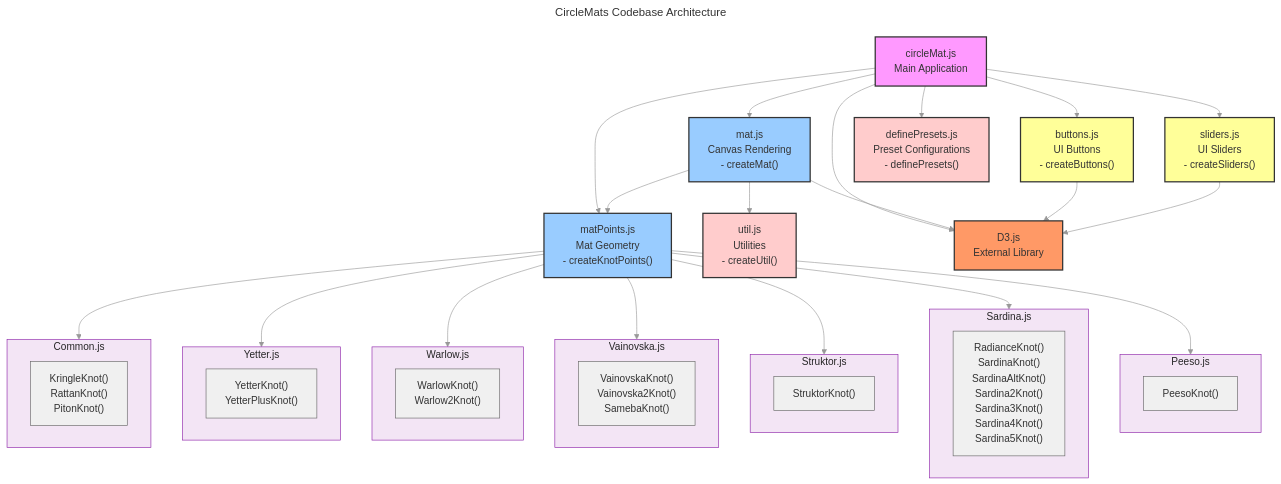
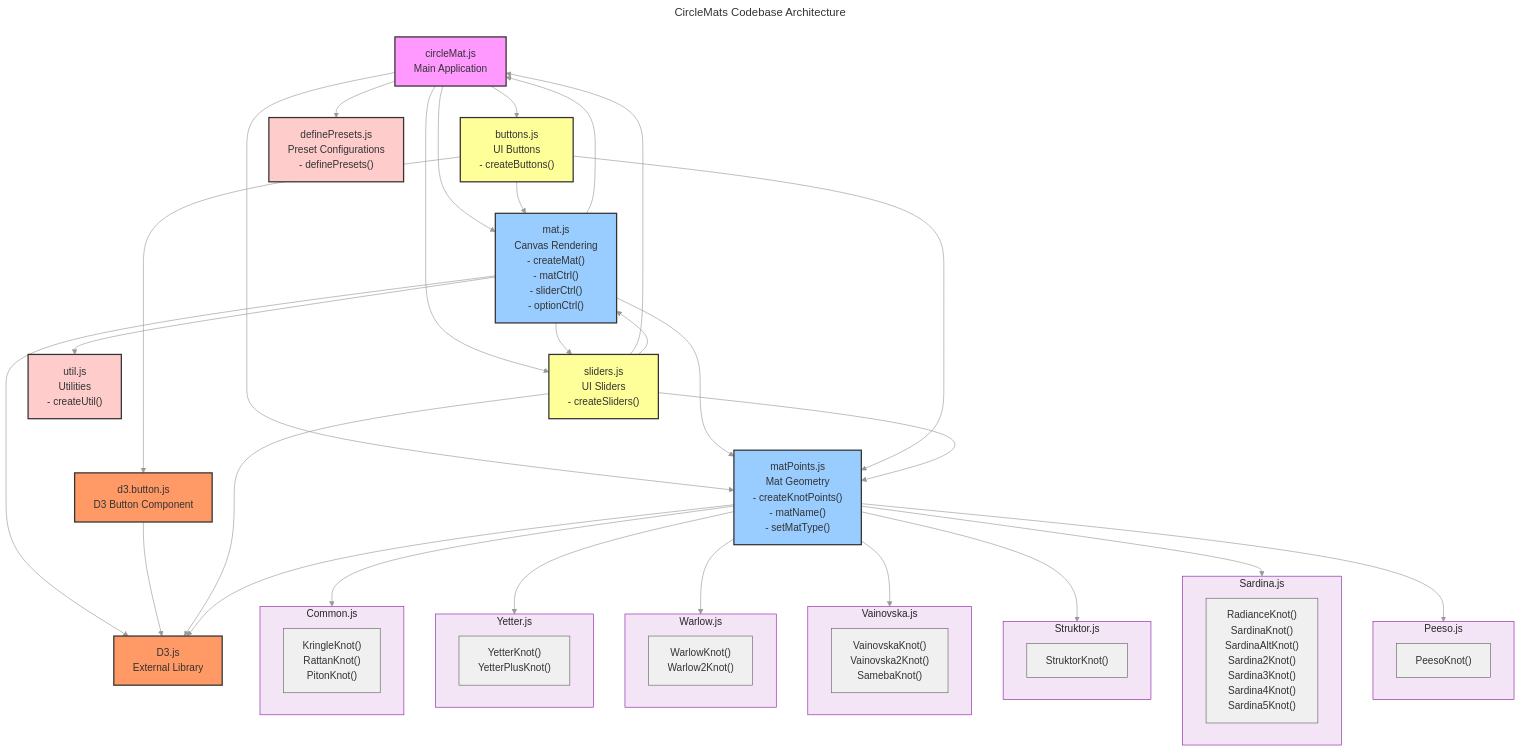
One commit to Scott-Y-Hall/CircleMats changed the diagram in code-relationships.mmd. Above: the diagram before and after it, drawn with Mermaid.

Commit message:
Add missing dependencies

```diff
--- a/code-relationships.mmd
+++ b/code-relationships.mmd
@@ -1,96 +1,111 @@
 ---
 title: CircleMats Codebase Architecture
 description: Visualization of module relationships and dependencies in the CircleMats project.
 ---
 
 %%{init: {'theme': 'base', 'themeVariables': { 'primaryColor': '#f0f0f0', 'primaryTextColor': '#333', 'primaryBorderColor': '#666', 'lineColor': '#999', 'secondaryColor': '#e6e6e6', 'tertiaryColor': '#d9d9d9'}}}%%
 
 graph TD
     %% Main Application File
     circleMat["circleMat.js<br/>Main Application"]
     
     %% Core Modules
-    mat["mat.js<br/>Canvas Rendering<br/>- createMat()"]
-    matPoints["matPoints.js<br/>Mat Geometry<br/>- createKnotPoints()"]
+    mat["mat.js<br/>Canvas Rendering<br/>- createMat()<br/>- matCtrl()<br/>- sliderCtrl()<br/>- optionCtrl()"]
+    matPoints["matPoints.js<br/>Mat Geometry<br/>- createKnotPoints()<br/>- matName()<br/>- setMatType()"]
     
     %% UI Components
     buttons["buttons.js<br/>UI Buttons<br/>- createButtons()"]
     sliders["sliders.js<br/>UI Sliders<br/>- createSliders()"]
     
     %% Knot Types
     subgraph CommonSG[Common.js]
         Common["KringleKnot()<br/>RattanKnot()<br/>PitonKnot()"]
     end
     
     subgraph YetterSG[Yetter.js]
         Yetter["YetterKnot()<br/>YetterPlusKnot()"]
     end
     
     subgraph WarlowSG[Warlow.js]
         Warlow["WarlowKnot()<br/>Warlow2Knot()"]
     end
     
     subgraph VainovskaSG[Vainovska.js]
         Vainovska["VainovskaKnot()<br/>Vainovska2Knot()<br/>SamebaKnot()"]
     end
     
     subgraph StruktorSG[Struktor.js]
         Struktor["StruktorKnot()"]
     end
     
     subgraph SardinaSG[Sardina.js]
         Sardina["RadianceKnot()<br/>SardinaKnot()<br/>SardinaAltKnot()<br/>Sardina2Knot()<br/>Sardina3Knot()<br/>Sardina4Knot()<br/>Sardina5Knot()"]
     end
     
     subgraph PeesoSG[Peeso.js]
         Peeso["PeesoKnot()"]
     end
     
     %% Utility
     util["util.js<br/>Utilities<br/>- createUtil()"]
     definePresets["definePresets.js<br/>Preset Configurations<br/>- definePresets()"]
     
-    %% D3.js Dependency
-    D3["D3.js<br/>External Library"]
+    %% D3.js Dependencies
+    d3Button["d3.button.js<br/>D3 Button Component"]
+    d3["D3.js<br/>External Library"]
     
-    %% Relationships
-    circleMat --> D3
+    %% Main Dependencies
     circleMat --> mat
     circleMat --> matPoints
     circleMat --> buttons
     circleMat --> sliders
     circleMat --> definePresets
     
+    %% Core Module Dependencies
     mat --> matPoints
     mat --> util
-    mat --> D3
+    mat --> d3
+    mat --> sliders
+    mat --> circleMat    
     
-    buttons --> D3
-    sliders --> D3
+    %% UI Component Dependencies
+    buttons --> d3Button
+    buttons --> matPoints
+    buttons --> mat
+    d3Button --> d3
+    
+    %% Slider Dependencies
+    sliders --> d3
+    sliders --> circleMat
+    sliders --> mat
+    sliders --> matPoints
+    
+    %% Knot Dependencies
+    matPoints --> d3
     matPoints --> CommonSG
     matPoints --> YetterSG
     matPoints --> WarlowSG
     matPoints --> VainovskaSG
     matPoints --> StruktorSG
     matPoints --> SardinaSG
     matPoints --> PeesoSG
     
     %% Style Definitions
     classDef app fill:#f9f,stroke:#333,stroke-width:2px
     classDef core fill:#9cf,stroke:#333,stroke-width:2px
     classDef ui fill:#ff9,stroke:#333,stroke-width:2px
     classDef util fill:#fcc,stroke:#333,stroke-width:2px
     classDef ext fill:#f96,stroke:#333,stroke-width:2px
 
     %% Knot Subgraph Style - Single style for all knot subgraphs
     classDef knot fill:#f3e5f5,stroke:#8e24aa,stroke-width:2px  %% Light Purple
     
     %% Apply Styles
     class circleMat app
     class mat,matPoints core
-    class buttons,sliders ui
+    class buttons,sliders,d3Button ui
     class util,definePresets util
-    class D3 ext
+    class d3Button,d3 ext
     
     %% Apply Knot Subgraph Style
     class CommonSG,YetterSG,WarlowSG,VainovskaSG,StruktorSG,SardinaSG,PeesoSG knot
```
